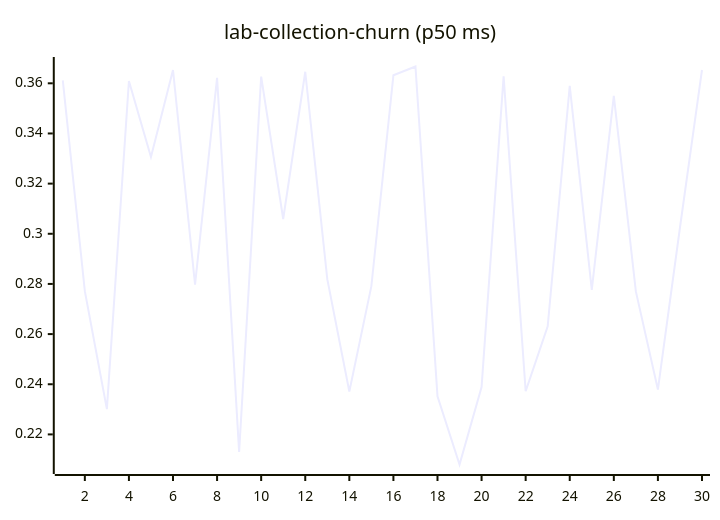
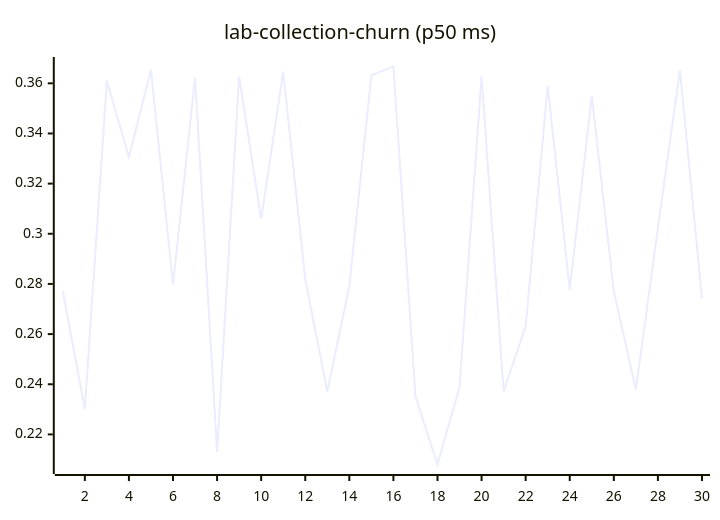
Before and after one commit to josha/Facet: diagram 11 of 27 in README.md, drawn with Mermaid. The commit also changed other lines of this file and 2 other files, not shown here.

````diff
--- a/README.md
+++ b/README.md
@@ -133,6 +133,6 @@
 ```mermaid
 xychart-beta
     title "lab-collection-churn (p50 ms)"
     x-axis 1 --> 30
-    line [0.3612, 0.2771, 0.2301, 0.3609, 0.3306, 0.3653, 0.2797, 0.3622, 0.2130, 0.3627, 0.3059, 0.3646, 0.2819, 0.2371, 0.2791, 0.3632, 0.3667, 0.2352, 0.2080, 0.2389, 0.3628, 0.2372, 0.2631, 0.3590, 0.2776, 0.3550, 0.2770, 0.2379, 0.3024, 0.3653]
+    line [0.2771, 0.2301, 0.3609, 0.3306, 0.3653, 0.2797, 0.3622, 0.2130, 0.3627, 0.3059, 0.3646, 0.2819, 0.2371, 0.2791, 0.3632, 0.3667, 0.2352, 0.2080, 0.2389, 0.3628, 0.2372, 0.2631, 0.3590, 0.2776, 0.3550, 0.2770, 0.2379, 0.3024, 0.3653, 0.2741]
 ```
````
